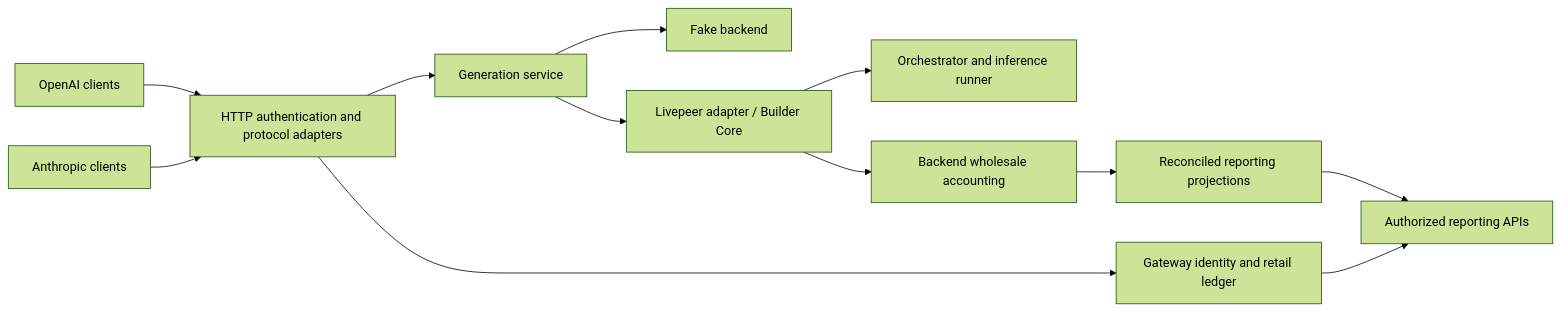
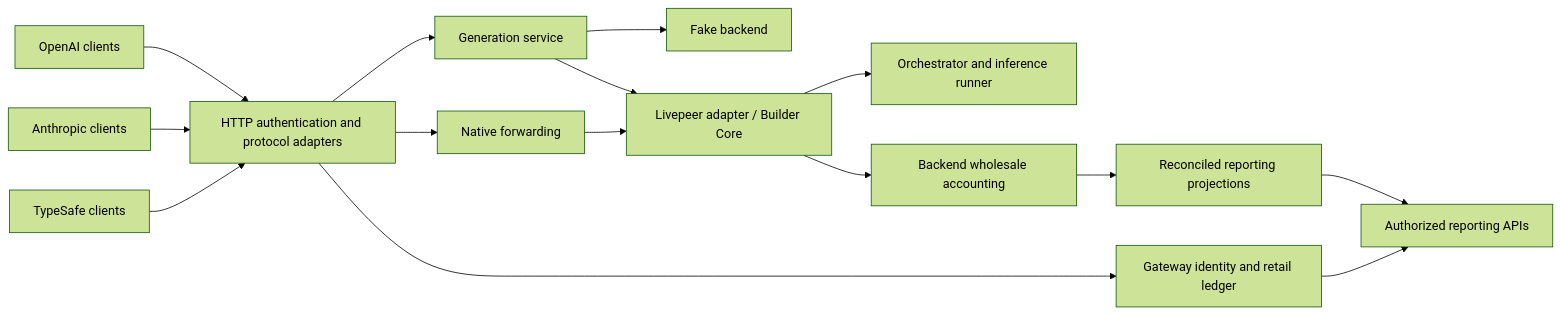
Before and after one commit to NE-Build-Track/inference-gateway: the diagram in README.md, drawn with Mermaid (forest theme). The commit also changed other lines of this file and 49 other files, not shown here.

````diff
--- a/README.md
+++ b/README.md
@@ -105,14 +152,17 @@
 ```mermaid
 flowchart LR
     O[OpenAI clients] --> H[HTTP authentication and protocol adapters]
     A[Anthropic clients] --> H
+    T[TypeSafe clients] --> H
     H --> G[Generation service]
+    H --> V[Native forwarding]
     G --> F[Fake backend]
     G --> L[Livepeer adapter / Builder Core]
+    V --> L
     H --> R[Gateway identity and retail ledger]
     L --> N[Orchestrator and inference runner]
     L --> W[Backend wholesale accounting]
     W --> P[Reconciled reporting projections]
     R --> Q[Authorized reporting APIs]
     P --> Q
 ```
````
